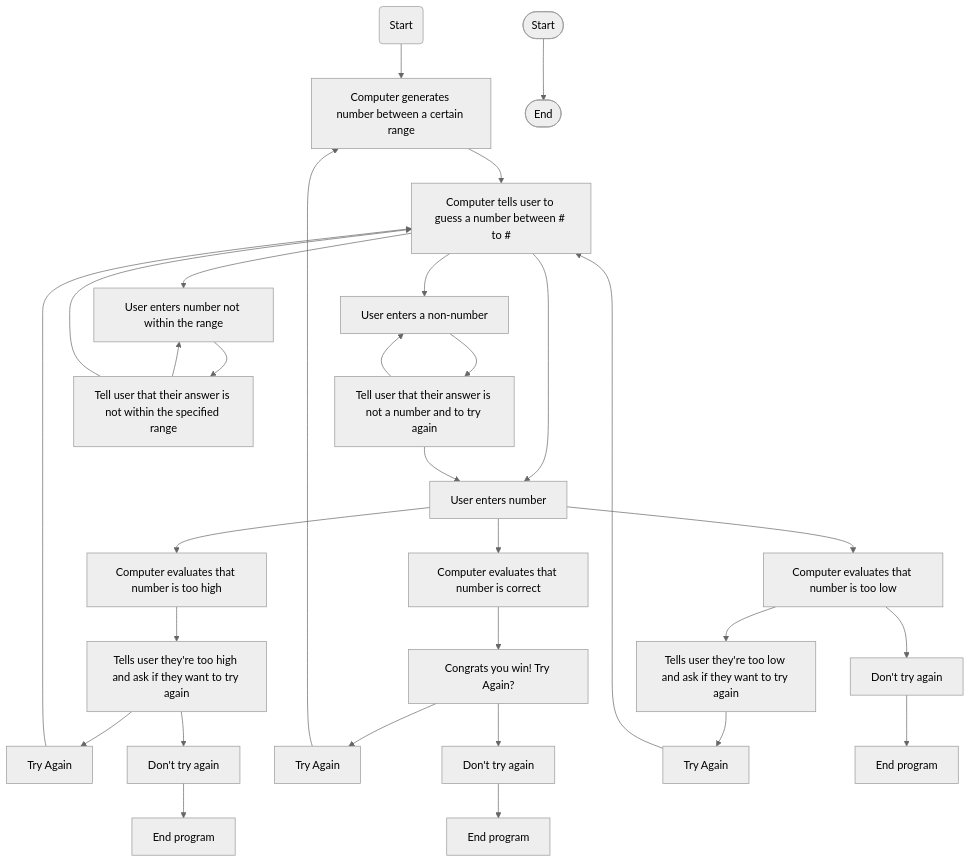
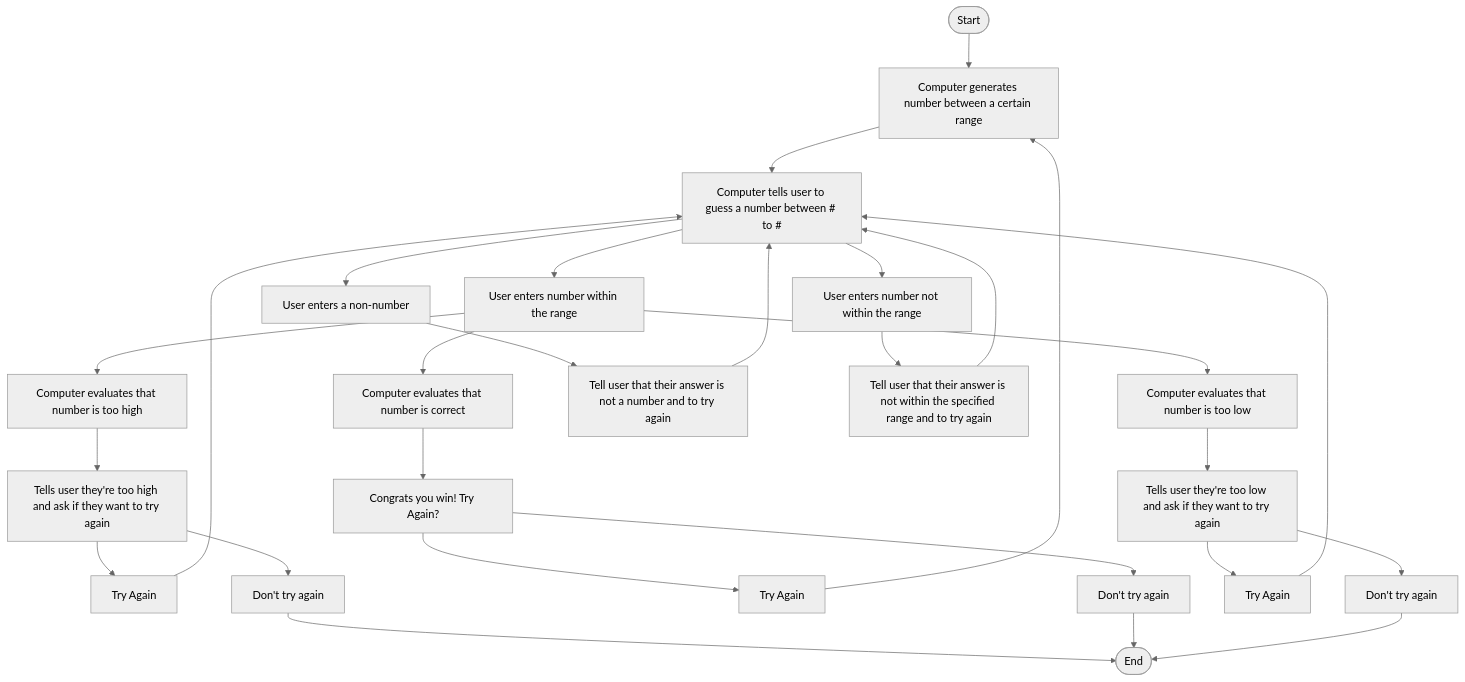
One commit to aloeale/aloeale.github.io changed the diagram in Guessing.md. Above: the diagram before and after it, drawn with Mermaid (neutral theme).

````diff
--- a/Guessing.md
+++ b/Guessing.md
@@ -1,33 +1,31 @@
 ```mermaid
 flowchart TD
-    A(Start) --> B[Computer generates number between a certain range]
-    B --> C[Computer tells user to guess a number between # to #]
-    C --> D[User enters number]
-    D --> E[Computer evaluates that number is too high]
-    E --> H[Tells user they're too high and ask if they want to try again]
-    H --> I[Try Again]
-    I --> C
-    H --> J[Don't try again]
-    J --> K[End program]
-    D --> F[Computer evaluates that number is correct]
-    F --> L[Congrats you win! Try Again?]
+    Start([Start]) --> A[Computer generates number between a certain range]
+    A --> B[Computer tells user to guess a number between # to #]
+    B --> C[User enters number within the range]
+    C --> D[Computer evaluates that number is too high]
+    D --> E[Tells user they're too high and ask if they want to try again]
+    E --> F[Try Again]
+    F --> B
+    E --> J[Don't try again]
+    J --> End([End])
+    C --> K[Computer evaluates that number is correct]
+    K --> L[Congrats you win! Try Again?]
     L --> M[Try Again]
-    M --> B
+    M --> A
     L --> N[Don't try again]
-    N --> O[End program]
-    D --> G[Computer evaluates that number is too low]
-    G --> P[Tells user they're too low and ask if they want to try again]
+    N --> End([End])
+    C --> O[Computer evaluates that number is too low]
+    O --> P[Tells user they're too low and ask if they want to try again]
     P--> Q[Try Again]
-    Q --> C
-    G --> R[Don't try again]
-    R --> S[End program]
-    C --> T[User enters a non-number]
-    T --> U[Tell user that their answer is not a number and to try again]
-    U --> D
-    U --> T
-    C --> V[User enters number not within the range]
-    V --> W[Tell user that their answer is not within the specified range]
-    W --> V
-    W -->C 
-    Start([Start]) --> End([End])
+    Q --> B
+    P --> R[Don't try again]
+    R --> End([End])
+    B --> S[User enters a non-number]
+    S --> T[Tell user that their answer is not a number and to try again]
+    T --> B
+
+    B --> U[User enters number not within the range]
+    U --> V[Tell user that their answer is not within the specified range and to try again]
+    V --> B 
 ```    
````
